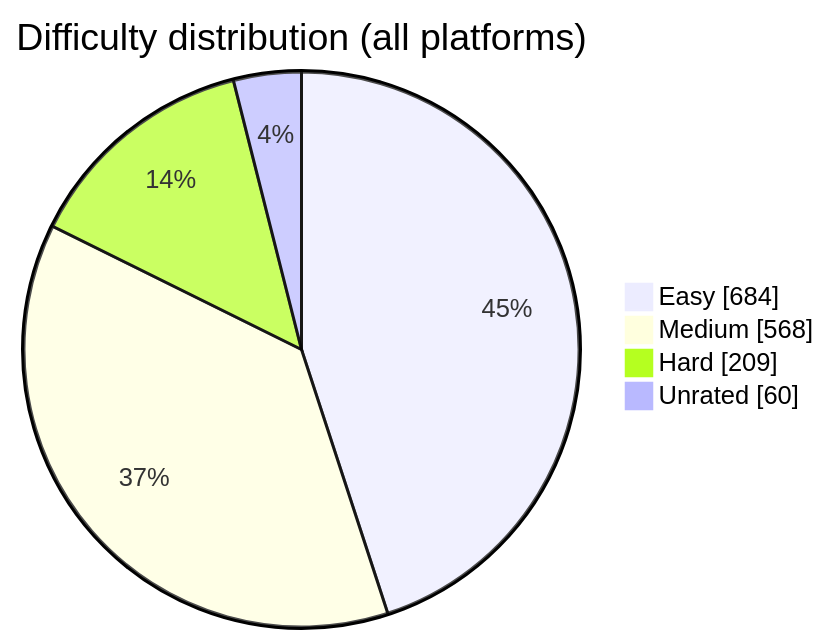
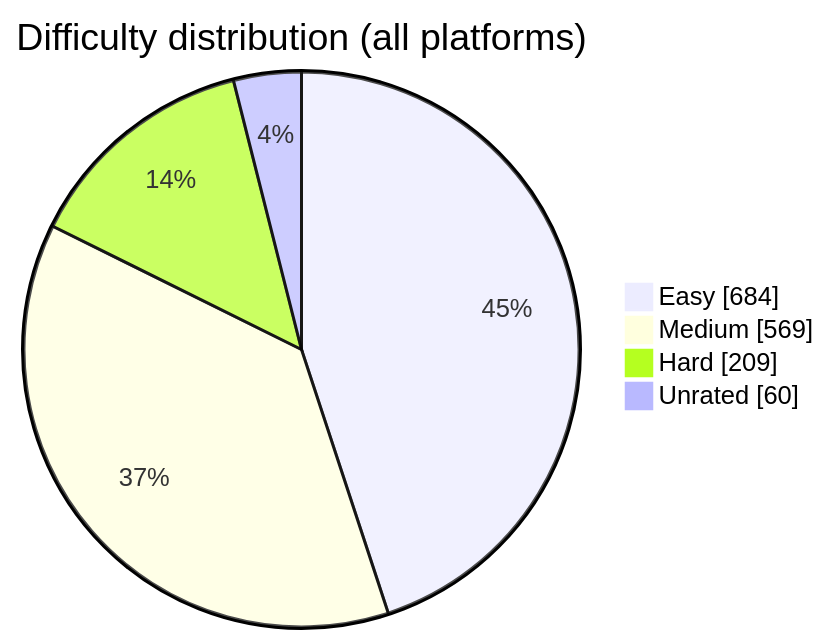
Before and after one commit to BuildbyArindam/Daily-Coding-Log: the diagram in README.md, drawn with Mermaid. The commit also changed other lines of this file, not shown here.

````diff
--- a/README.md
+++ b/README.md
@@ -93,7 +93,7 @@
 ```mermaid
 pie showData title Difficulty distribution (all platforms)
     "Easy" : 684
-    "Medium" : 568
+    "Medium" : 569
     "Hard" : 209
     "Unrated" : 60
 ```
````
